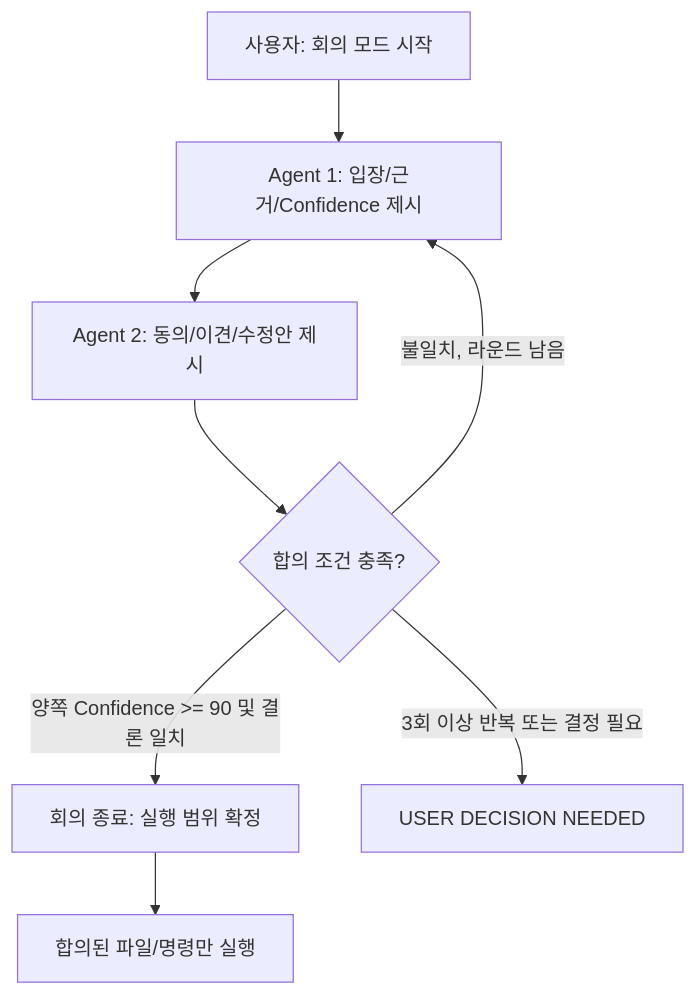
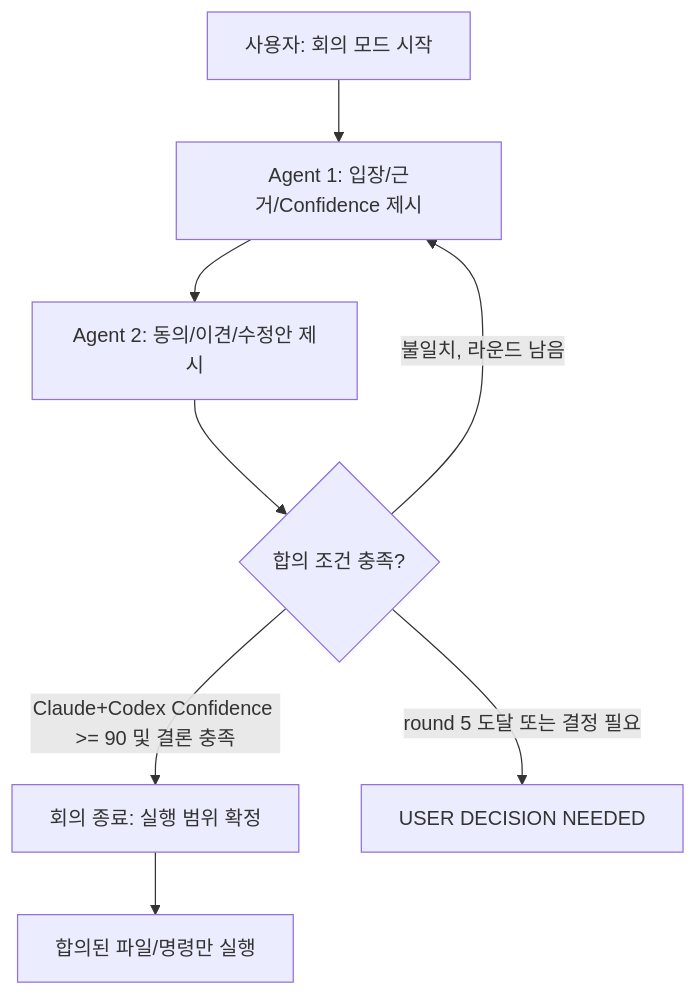
The second of 3 diagrams in README.md (hypark5540/ai-bridge), drawn with Mermaid before and after one commit. The commit also changed other lines of this file and 10 other files, not shown here.

````diff
--- a/README.md
+++ b/README.md
@@ -281,10 +304,10 @@
 ```mermaid
 flowchart TD
     A[사용자: 회의 모드 시작] --> B[Agent 1: 입장/근거/Confidence 제시]
     B --> C[Agent 2: 동의/이견/수정안 제시]
     C --> D{합의 조건 충족?}
-    D -->|양쪽 Confidence >= 90 및 결론 일치| E[회의 종료: 실행 범위 확정]
+    D -->|Claude+Codex Confidence >= 90 및 결론 충족| E[회의 종료: 실행 범위 확정]
     D -->|불일치, 라운드 남음| B
-    D -->|3회 이상 반복 또는 결정 필요| F[USER DECISION NEEDED]
+    D -->|round 5 도달 또는 결정 필요| F[USER DECISION NEEDED]
     E --> G[합의된 파일/명령만 실행]
 ```
````
